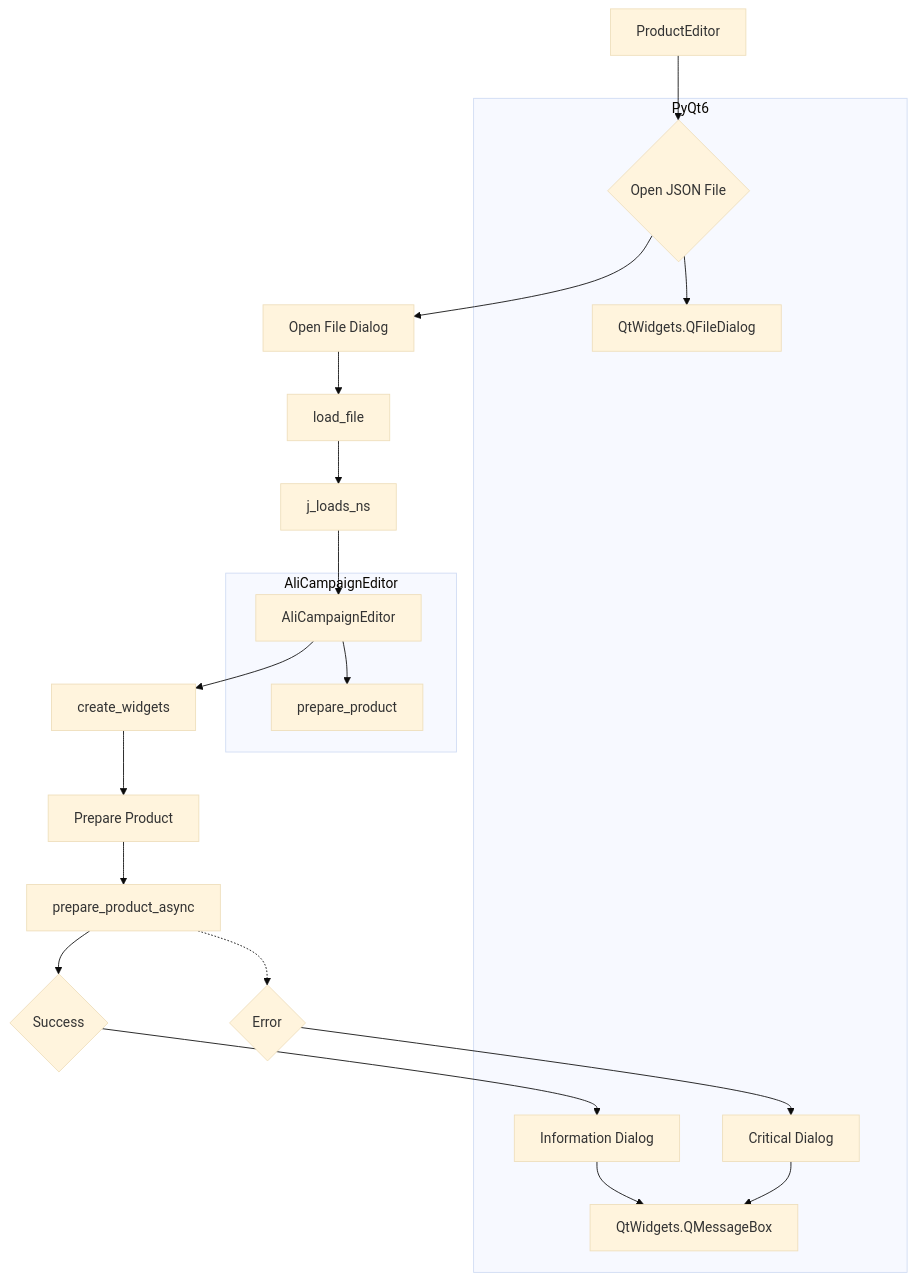
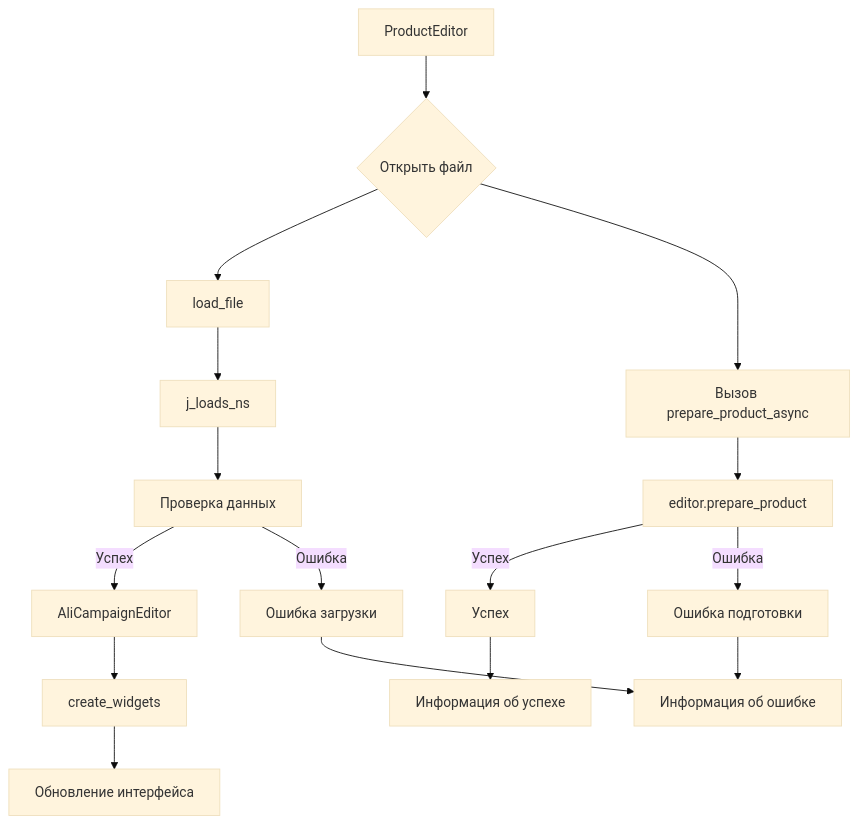
The diagram in docs/gemini/ru/explainer/src/suppliers/aliexpress/gui/product.md (hypo69/hypo), drawn with Mermaid (base theme) before and after one commit. The commit also changed other lines of this file and 468 other files, not shown here.

````diff
--- a/docs/gemini/ru/explainer/src/suppliers/aliexpress/gui/product.md
+++ b/docs/gemini/ru/explainer/src/suppliers/aliexpress/gui/product.md
@@ -162,25 +190,18 @@
 ```mermaid
 graph TD
-    A[ProductEditor] --> B{Open JSON File};
-    B --> C[Open File Dialog];
-    C --> D[load_file];
-    D --> E[j_loads_ns];
-    E --> F[AliCampaignEditor];
-    F --> G[create_widgets];
-    G --> H[Prepare Product];
-    H --> I[prepare_product_async];
-    I --> J{Success};
-    J --> K[Information Dialog];
-    I -.-> L{Error};
-    L --> M[Critical Dialog];
-
-    subgraph AliCampaignEditor
-        F --> N[prepare_product];
-    end
-
-    subgraph PyQt6
-        B --> O[QtWidgets.QFileDialog];
-        K --> P[QtWidgets.QMessageBox];
-        M --> P;
-    end
+    A[ProductEditor] --> B{Открыть файл};
+    B --> C[load_file];
+    C --> D[j_loads_ns];
+    D --> E[Проверка данных];
+    E --Успех--> F[AliCampaignEditor];
+    E --Ошибка--> G[Ошибка загрузки];
+    F --> H[create_widgets];
+    H --> I[Обновление интерфейса];
+    B --> J[Вызов prepare_product_async];
+    J --> K[editor.prepare_product];
+    K --Успех--> L[Успех];
+    K --Ошибка--> M[Ошибка подготовки];
+    L --> N[Информация об успехе];
+    M --> O[Информация об ошибке];
+    G --> O;
 ```
````
